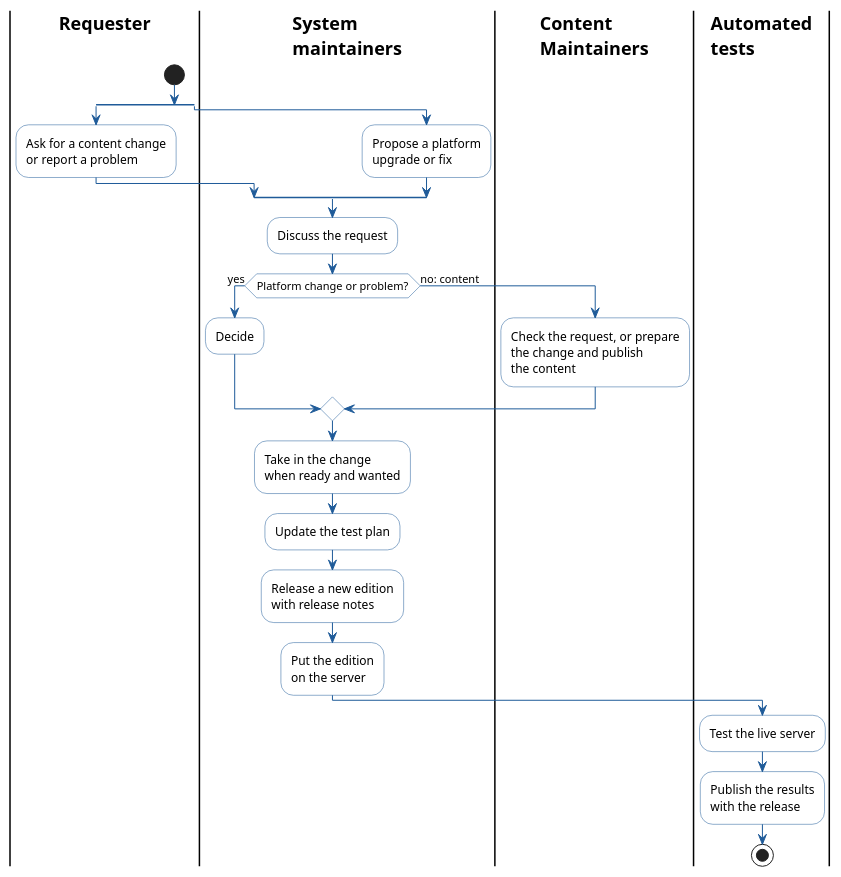
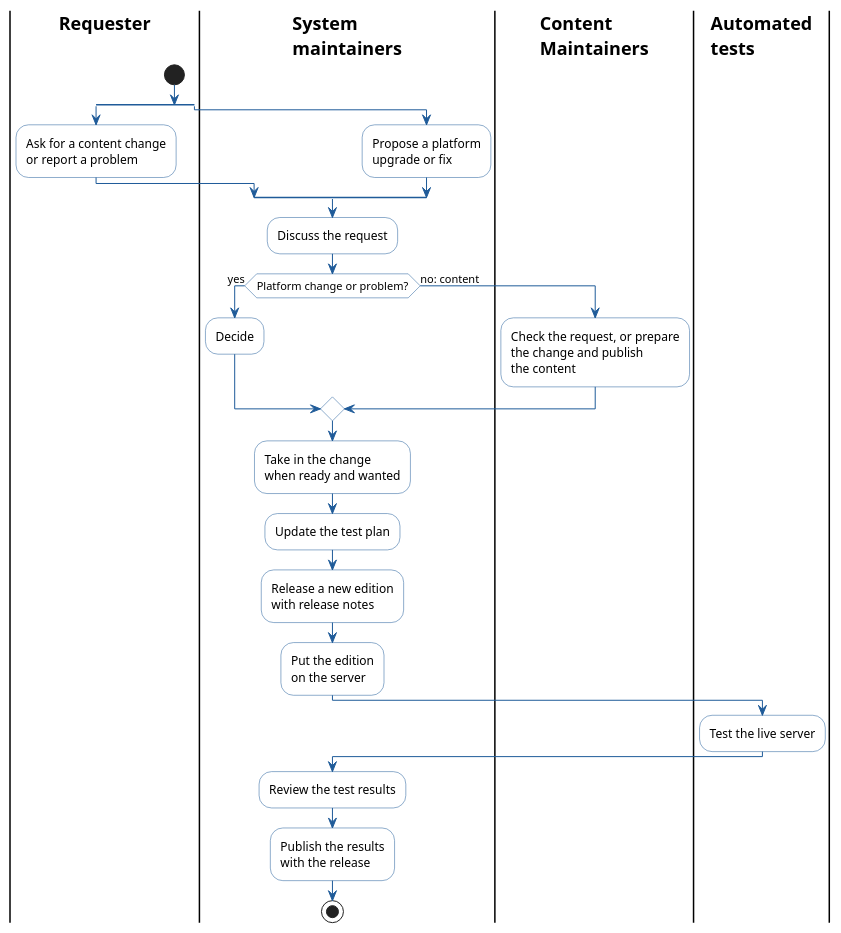
Before and after one commit to hl7-eu/tx.hl7europe.eu: the diagram in docs/index.md, drawn with PlantUML.

Commit message:
Home diagram: system maintainers review the test results and publish them

```diff
--- a/docs/index.md
+++ b/docs/index.md
@@ -25,45 +25,47 @@
 @startuml
 skinparam shadowing false
 skinparam defaultFontName Arial
 skinparam ActivityBackgroundColor #FFFFFF
 skinparam ActivityBorderColor #1F5B99
 skinparam ArrowColor #1F5B99
 skinparam SwimlaneTitleFontStyle bold
 |Requester|
 |System\nmaintainers|
 |Content\nMaintainers|
 |Automated\ntests|
 |Requester|
 start
 split
   :Ask for a content change
   or report a problem;
 split again
   |System\nmaintainers|
   :Propose a platform
   upgrade or fix;
 end split
 |System\nmaintainers|
 :Discuss the request;
 if (Platform change or problem?) then (yes)
   :Decide;
 else (no: content)
   |Content\nMaintainers|
   :Check the request, or prepare
   the change and publish
   the content;
   |System\nmaintainers|
 endif
 :Take in the change
 when ready and wanted;
 :Update the test plan;
 :Release a new edition
 with release notes;
 :Put the edition
 on the server;
 |Automated\ntests|
 :Test the live server;
+|System\nmaintainers|
+:Review the test results;
 :Publish the results
 with the release;
 stop
 @enduml
```
